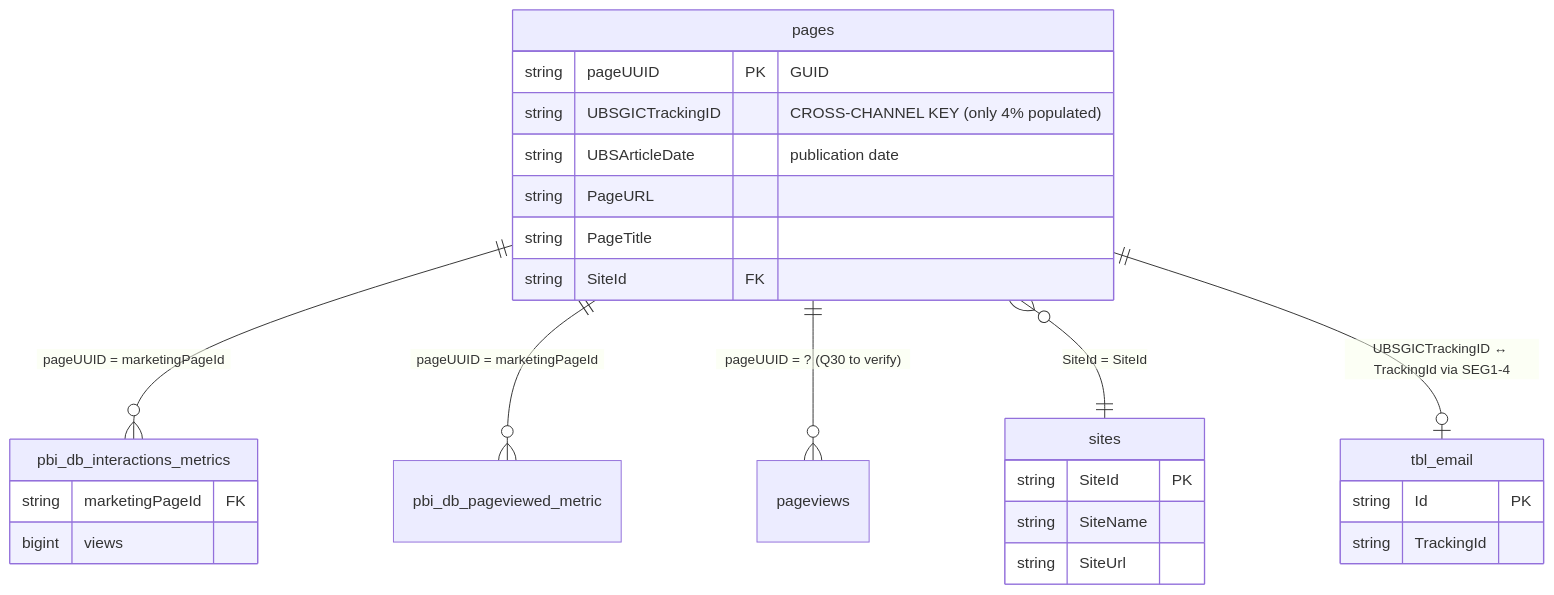
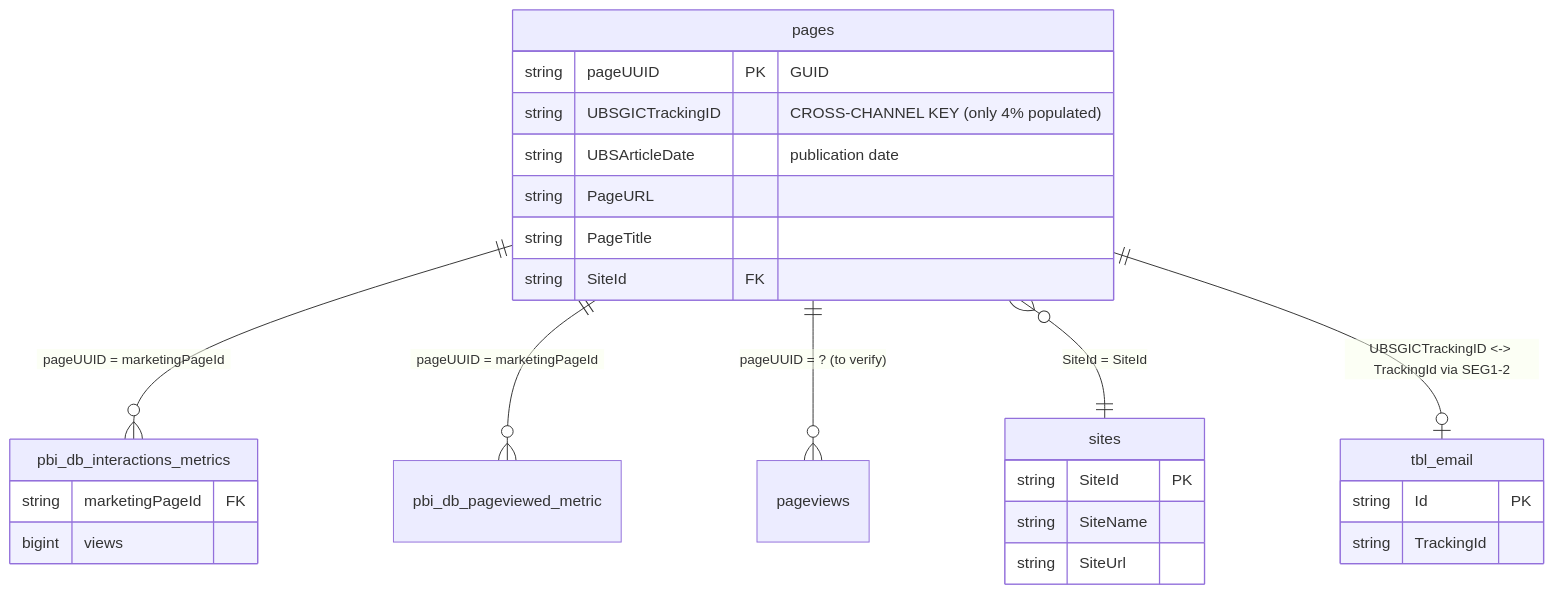
The diagram in docs/tables/sharepoint/pages.md (dallmi/Databricks), drawn with Mermaid before and after one commit. The commit also changed other lines of this file and 55 other files, not shown here.

````diff
--- a/docs/tables/sharepoint/pages.md
+++ b/docs/tables/sharepoint/pages.md
@@ -21,30 +20,30 @@
 ```mermaid
 erDiagram
     pages ||--o{ pbi_db_interactions_metrics : "pageUUID = marketingPageId"
     pages ||--o{ pbi_db_pageviewed_metric    : "pageUUID = marketingPageId"
-    pages ||--o{ pageviews                   : "pageUUID = ? (Q30 to verify)"
+    pages ||--o{ pageviews                   : "pageUUID = ? (to verify)"
     pages }o--|| sites                       : "SiteId = SiteId"
-    pages ||--o| tbl_email                   : "UBSGICTrackingID ↔ TrackingId via SEG1-4"
+    pages ||--o| tbl_email                   : "UBSGICTrackingID <-> TrackingId via SEG1-2"
 
     pages {
         string pageUUID PK "GUID"
         string UBSGICTrackingID "CROSS-CHANNEL KEY (only 4% populated)"
         string UBSArticleDate "publication date"
         string PageURL
         string PageTitle
         string SiteId FK
     }
     pbi_db_interactions_metrics {
         string marketingPageId FK
         bigint views
     }
     sites {
         string SiteId PK
         string SiteName
         string SiteUrl
     }
     tbl_email {
         string Id PK
         string TrackingId
     }
 ```
````
